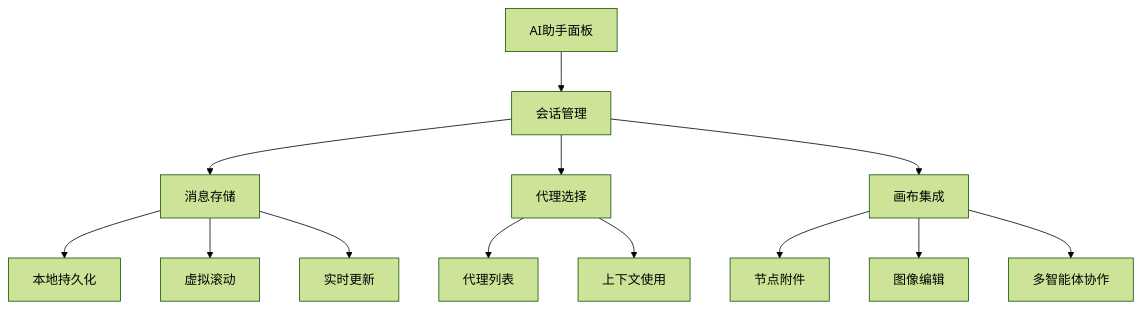
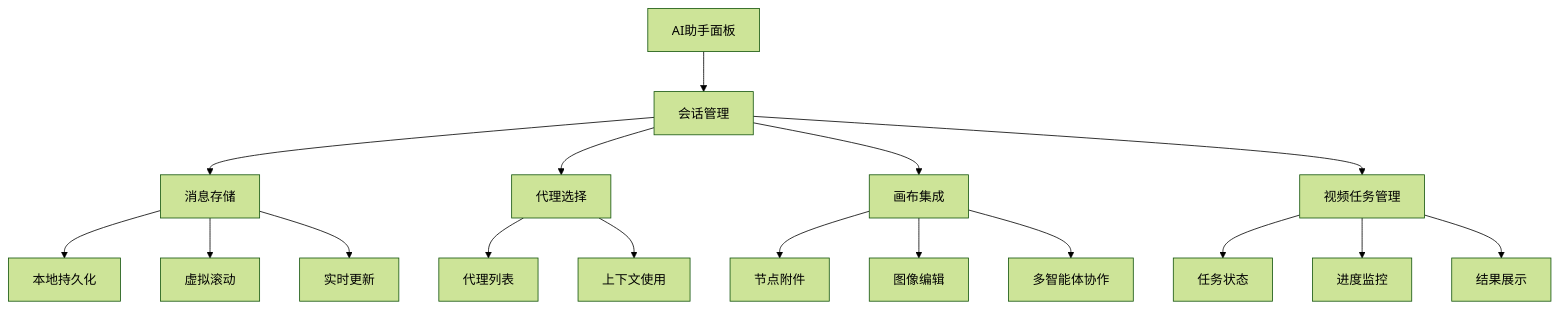
One commit to KunLabAI/KunFlix changed the third of 15 diagrams in .qoder/repowiki/zh/content/前端应用架构/状态管理/Zustand Store 设计/增强的AI助手存储.md. Above: the diagram before and after it, drawn with Mermaid (forest theme). The commit also changed other lines of this file and 29 other files, not shown here.

````diff
--- a/.qoder/repowiki/zh/content/前端应用架构/状态管理/Zustand Store 设计/增强的AI助手存储.md
+++ b/.qoder/repowiki/zh/content/前端应用架构/状态管理/Zustand Store 设计/增强的AI助手存储.md
@@ -148,15 +196,19 @@
 ```mermaid
 flowchart TD
 A[AI助手面板] --> B[会话管理]
 B --> C[消息存储]
 B --> D[代理选择]
 B --> E[画布集成]
-C --> F[本地持久化]
-C --> G[虚拟滚动]
-C --> H[实时更新]
-D --> I[代理列表]
-D --> J[上下文使用]
-E --> K[节点附件]
-E --> L[图像编辑]
-E --> M[多智能体协作]
+B --> F[视频任务管理]
+C --> G[本地持久化]
+C --> H[虚拟滚动]
+C --> I[实时更新]
+D --> J[代理列表]
+D --> K[上下文使用]
+E --> L[节点附件]
+E --> M[图像编辑]
+E --> N[多智能体协作]
+F --> O[任务状态]
+F --> P[进度监控]
+F --> Q[结果展示]
 ```
````
